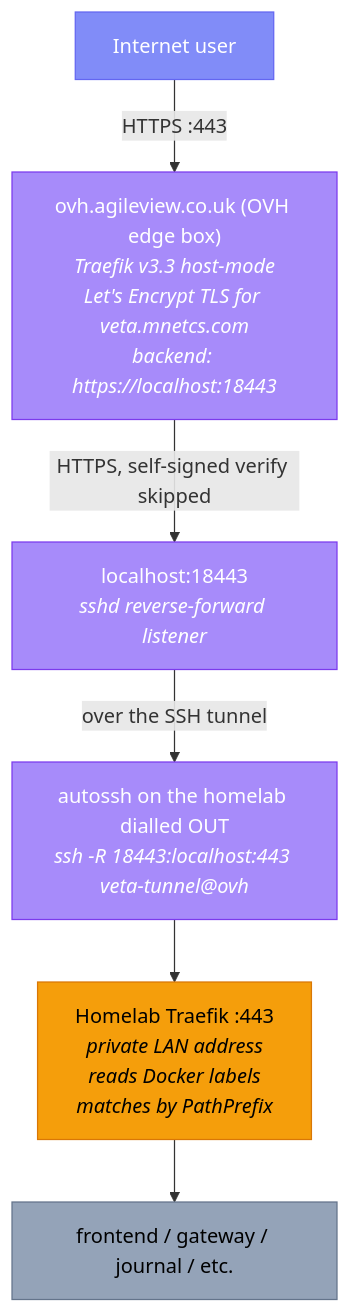
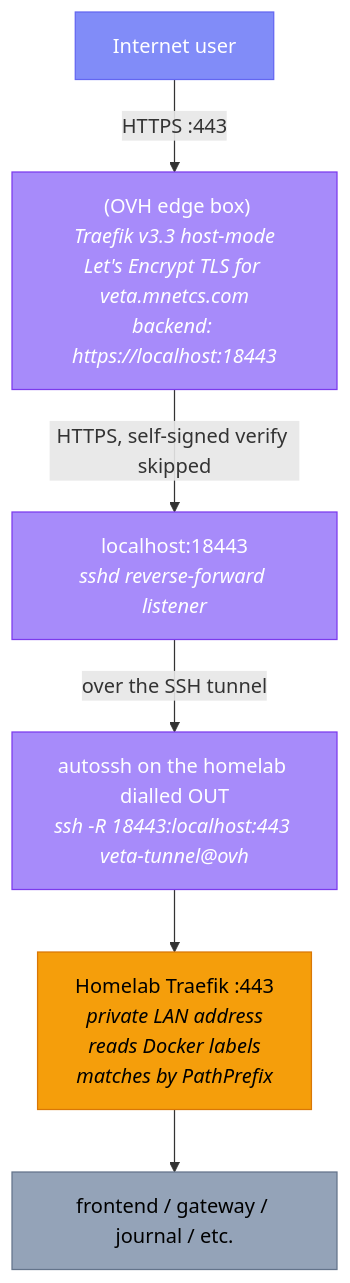
The diagram in docs/site/src/content/docs/platform/edge-architecture.md (milesburton/veta-trading-platform), drawn with Mermaid before and after one commit. The commit also changed other lines of this file and 59 other files, not shown here.

````diff
--- a/docs/site/src/content/docs/platform/edge-architecture.md
+++ b/docs/site/src/content/docs/platform/edge-architecture.md
@@ -18,20 +18,20 @@
 ```mermaid
 graph TD
     USER["Internet user"]:::client
-    OVH["ovh.agileview.co.uk (OVH edge box)<br/><i>Traefik v3.3 host-mode<br/>Let's Encrypt TLS for veta.mnetcs.com<br/>backend: https://localhost:18443</i>"]:::edge
+    OVH["<edge-server> (OVH edge box)<br/><i>Traefik v3.3 host-mode<br/>Let's Encrypt TLS for veta.mnetcs.com<br/>backend: https://localhost:18443</i>"]:::edge
     LOCAL["localhost:18443<br/><i>sshd reverse-forward listener</i>"]:::edge
     TUNNEL["autossh on the homelab dialled OUT<br/><i>ssh -R 18443:localhost:443 veta-tunnel@ovh</i>"]:::edge
     HL["Homelab Traefik :443<br/><i>private LAN address<br/>reads Docker labels<br/>matches by PathPrefix</i>"]:::gateway
     SVC["frontend / gateway / journal / etc."]:::support
 
     USER -->|"HTTPS :443"| OVH
     OVH -->|"HTTPS, self-signed verify skipped"| LOCAL
     LOCAL -->|"over the SSH tunnel"| TUNNEL
     TUNNEL --> HL
     HL --> SVC
 
     classDef client fill:#818cf8,stroke:#6366f1,color:#fff
     classDef edge fill:#a78bfa,stroke:#7c3aed,color:#fff
     classDef gateway fill:#f59e0b,stroke:#d97706,color:#000
     classDef support fill:#94a3b8,stroke:#64748b,color:#000
 ```
````
